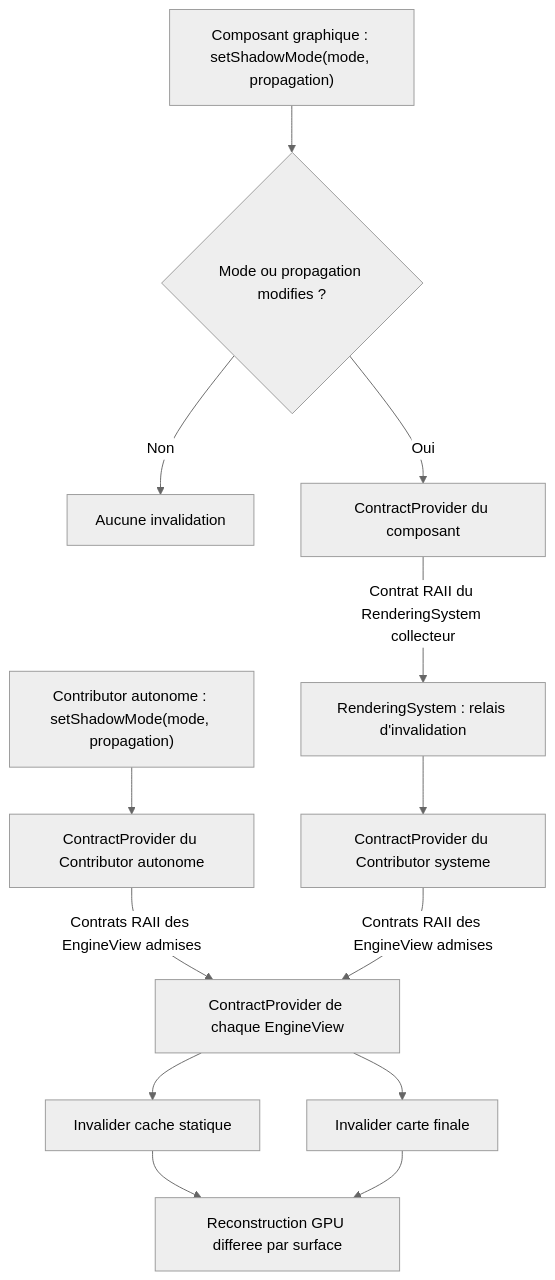
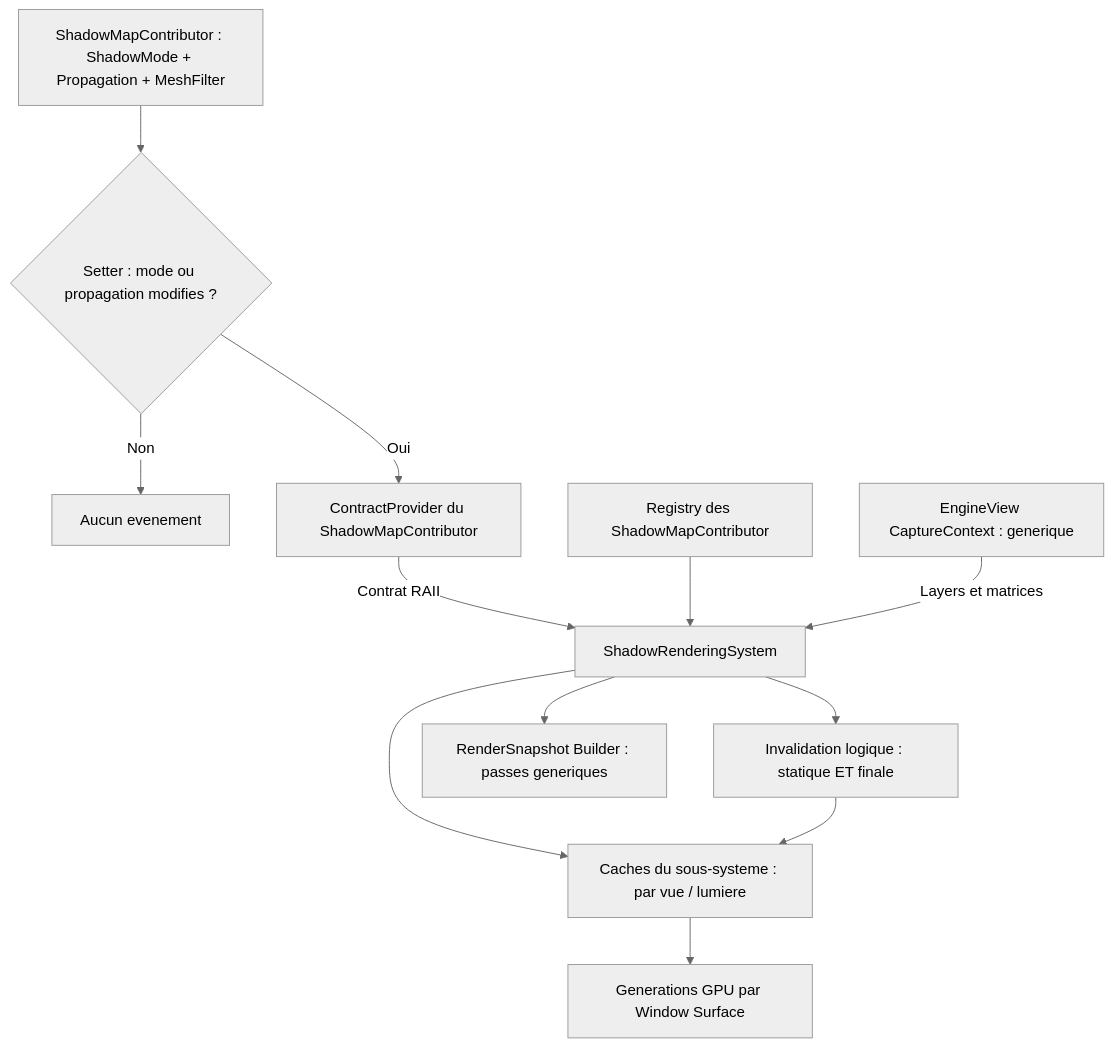
Before and after one commit to EreliaStudio/Sparkle: diagram 12 of 14 in docs/voxel-engine-v0.1.4-specification.md, drawn with Mermaid (neutral theme). The commit also changed other lines of this file, not shown here.

Commit message:
docs(v0.1.4): move ShadowMode MeshFilter and shadow cache ownership out of EngineView into dedicated shadow components/system

````diff
--- a/docs/voxel-engine-v0.1.4-specification.md
+++ b/docs/voxel-engine-v0.1.4-specification.md
@@ -1086,15 +1064,14 @@
 ```mermaid
 flowchart TD
-  Setter["Composant graphique : setShadowMode(mode, propagation)"] --> Change{"Mode ou propagation modifies ?"}
-  Change -->|"Non"| Stop["Aucune invalidation"]
-  Change -->|"Oui"| CC["ContractProvider du composant"]
-  CC -->|"Contrat RAII du RenderingSystem collecteur"| Sys["RenderingSystem : relais d'invalidation"]
-  Sys --> SC["ContractProvider du Contributor systeme"]
-  Direct["Contributor autonome : setShadowMode(mode, propagation)"] --> DC["ContractProvider du Contributor autonome"]
-  DC -->|"Contrats RAII des EngineView admises"| View
-  SC -->|"Contrats RAII des EngineView admises"| View["ContractProvider de chaque EngineView"]
-  View --> Static["Invalider cache statique"]
-  View --> Final["Invalider carte finale"]
-  Static --> GPU["Reconstruction GPU differee par surface"]
-  Final --> GPU
+  Source["ShadowMapContributor : ShadowMode + Propagation + MeshFilter"] --> Change{"Setter : mode ou propagation modifies ?"}
+  Change -->|"Non"| Nothing["Aucun evenement"]
+  Change -->|"Oui"| Provider["ContractProvider du ShadowMapContributor"]
+  Provider -->|"Contrat RAII"| S["ShadowRenderingSystem"]
+  S --> Cache["Invalidation logique : statique ET finale"]
+  Registry["Registry des ShadowMapContributor"] --> S
+  S --> PerView["Caches du sous-systeme : par vue / lumiere"]
+  PerView --> Surface["Generations GPU par Window Surface"]
+  Cache --> PerView
+  Context["EngineView CaptureContext : generique"] -->|"Layers et matrices"| S
+  S --> Builder["RenderSnapshot Builder : passes generiques"]
 ```
````
